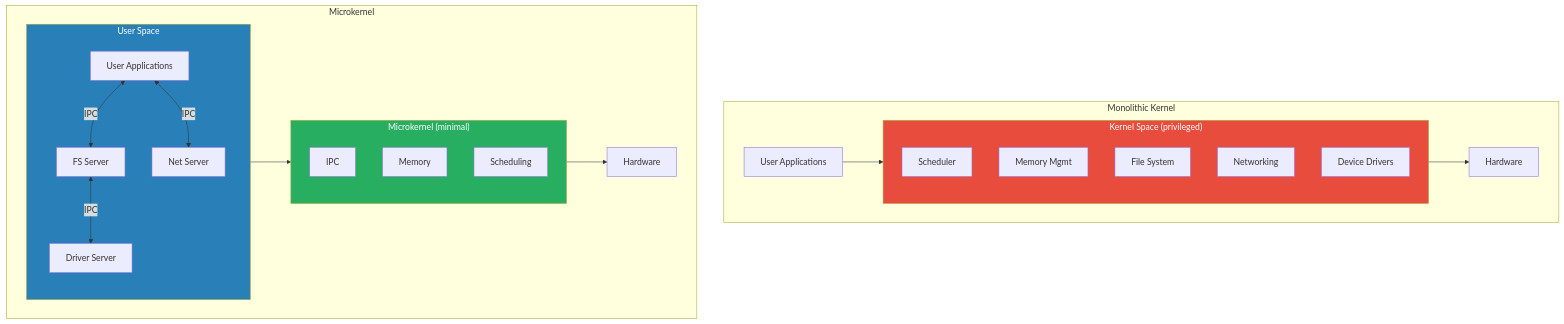
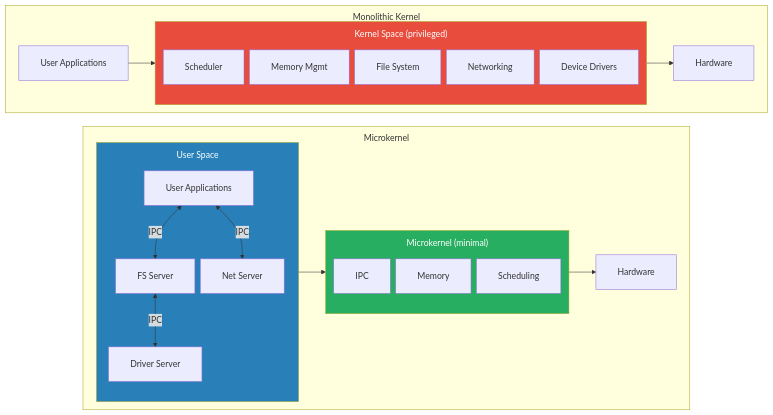
Before and after one commit to Alnour/kube_book: the first of 3 diagrams in Chapter_2_Expanded.md, drawn with Mermaid. The commit also changed other lines of this file and 7 other files, not shown here.

First line of the commit message:
Fix Mermaid diagram sizing, layout, and label rendering

````diff
--- a/Chapter_2_Expanded.md
+++ b/Chapter_2_Expanded.md
@@ -37,38 +37,41 @@
 ```mermaid
+%%{init: {'flowchart': {'nodeSpacing': 10, 'rankSpacing': 25, 'padding': 20, 'subGraphTitleMargin': {'top': 10, 'bottom': 5}}}}%%
 graph TB
     subgraph Monolithic["Monolithic Kernel"]
         MK_App["User Applications"]
         subgraph MK_Kernel["Kernel Space (privileged)"]
             MK_Sched["Scheduler"]
             MK_Mem["Memory Mgmt"]
             MK_FS["File System"]
             MK_Net["Networking"]
             MK_Drv["Device Drivers"]
         end
         MK_HW["Hardware"]
         MK_App --> MK_Kernel --> MK_HW
     end
 
     subgraph Micro["Microkernel"]
         subgraph MU_User["User Space"]
             MU_App["User Applications"]
             MU_FS["FS Server"]
             MU_Net["Net Server"]
             MU_Drv["Driver Server"]
         end
         subgraph MU_Kernel["Microkernel (minimal)"]
             MU_IPC["IPC"]
             MU_Mem["Memory"]
             MU_Sched["Scheduling"]
         end
         MU_HW["Hardware"]
         MU_App <-->|IPC| MU_FS
         MU_App <-->|IPC| MU_Net
         MU_FS <-->|IPC| MU_Drv
         MU_User --> MU_Kernel --> MU_HW
     end
 
+    Monolithic ~~~ Micro
+
     style MK_Kernel fill:#e74c3c,color:#fff
     style MU_Kernel fill:#27ae60,color:#fff
     style MU_User fill:#2980b9,color:#fff
 ```
````
